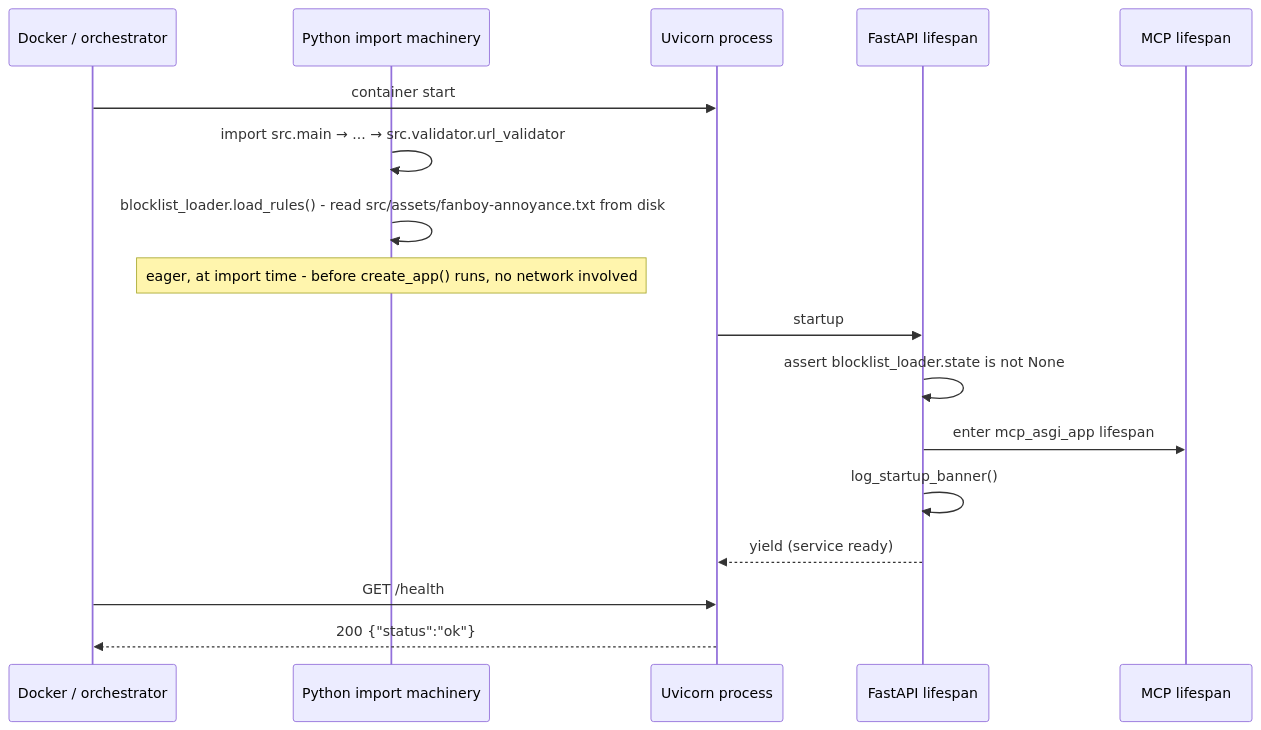
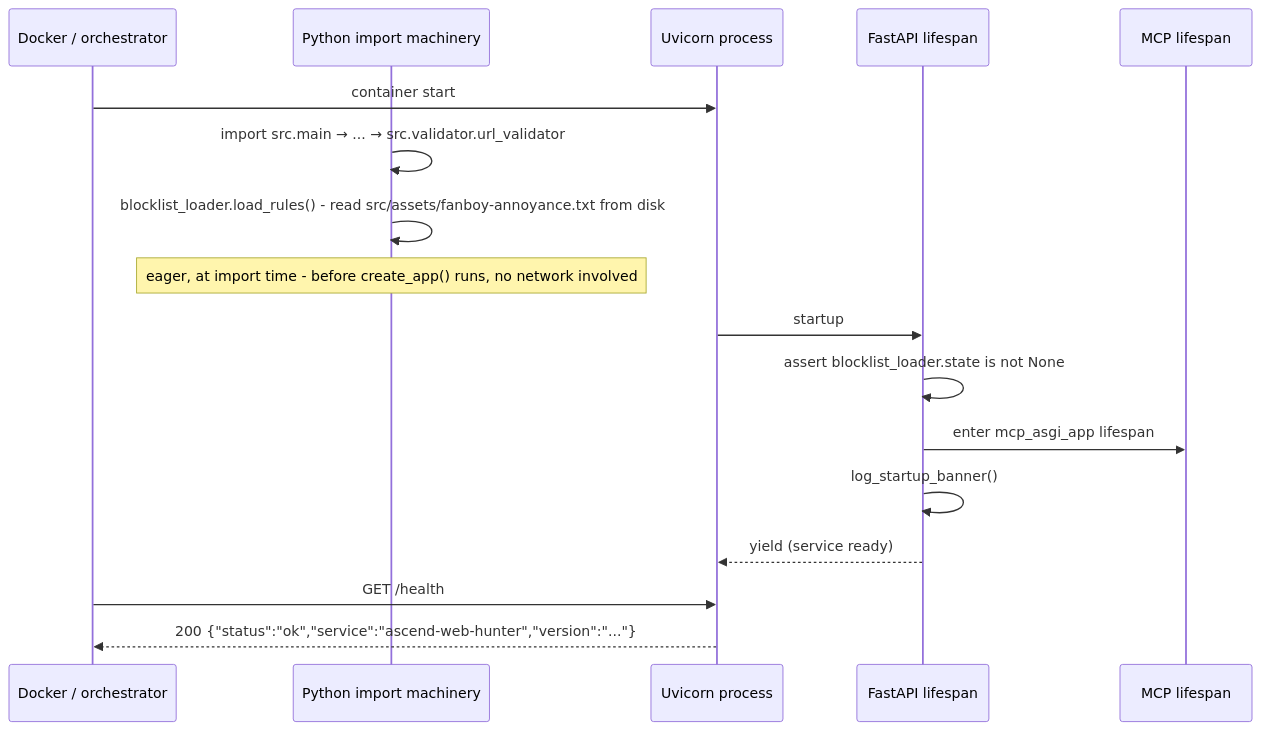
The first of 6 diagrams in apps/ascend-web-hunter/docs/architecture/arc42/06-runtime-view.md (Lukk17/AscendAI), drawn with Mermaid before and after one commit. The commit also changed 147 other files, not shown here.

First line of the commit message:
feat(web-hunter): ship the tier ladder, guard and intervention work

````diff
--- a/apps/ascend-web-hunter/docs/architecture/arc42/06-runtime-view.md
+++ b/apps/ascend-web-hunter/docs/architecture/arc42/06-runtime-view.md
@@ -7,20 +7,20 @@
 ```mermaid
 sequenceDiagram
     participant Docker as Docker / orchestrator
     participant Python as Python import machinery
     participant Uvicorn as Uvicorn process
     participant Lifespan as FastAPI lifespan
     participant MCP as MCP lifespan
 
     Docker->>Uvicorn: container start
     Python->>Python: import src.main → ... → src.validator.url_validator
     Python->>Python: blocklist_loader.load_rules() - read src/assets/fanboy-annoyance.txt from disk
     Note over Python: eager, at import time - before create_app() runs, no network involved
     Uvicorn->>Lifespan: startup
     Lifespan->>Lifespan: assert blocklist_loader.state is not None
     Lifespan->>MCP: enter mcp_asgi_app lifespan
     Lifespan->>Lifespan: log_startup_banner()
     Lifespan-->>Uvicorn: yield (service ready)
     Docker->>Uvicorn: GET /health
-    Uvicorn-->>Docker: 200 {"status":"ok"}
+    Uvicorn-->>Docker: 200 {"status":"ok","service":"ascend-web-hunter","version":"..."}
 ```
````
